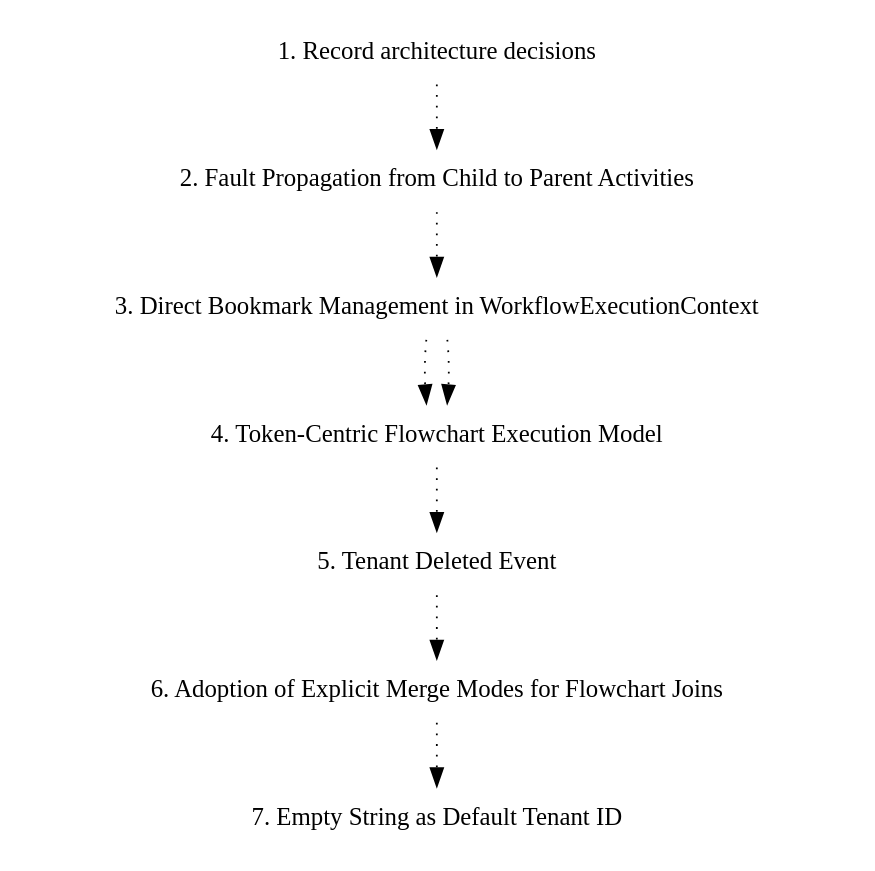
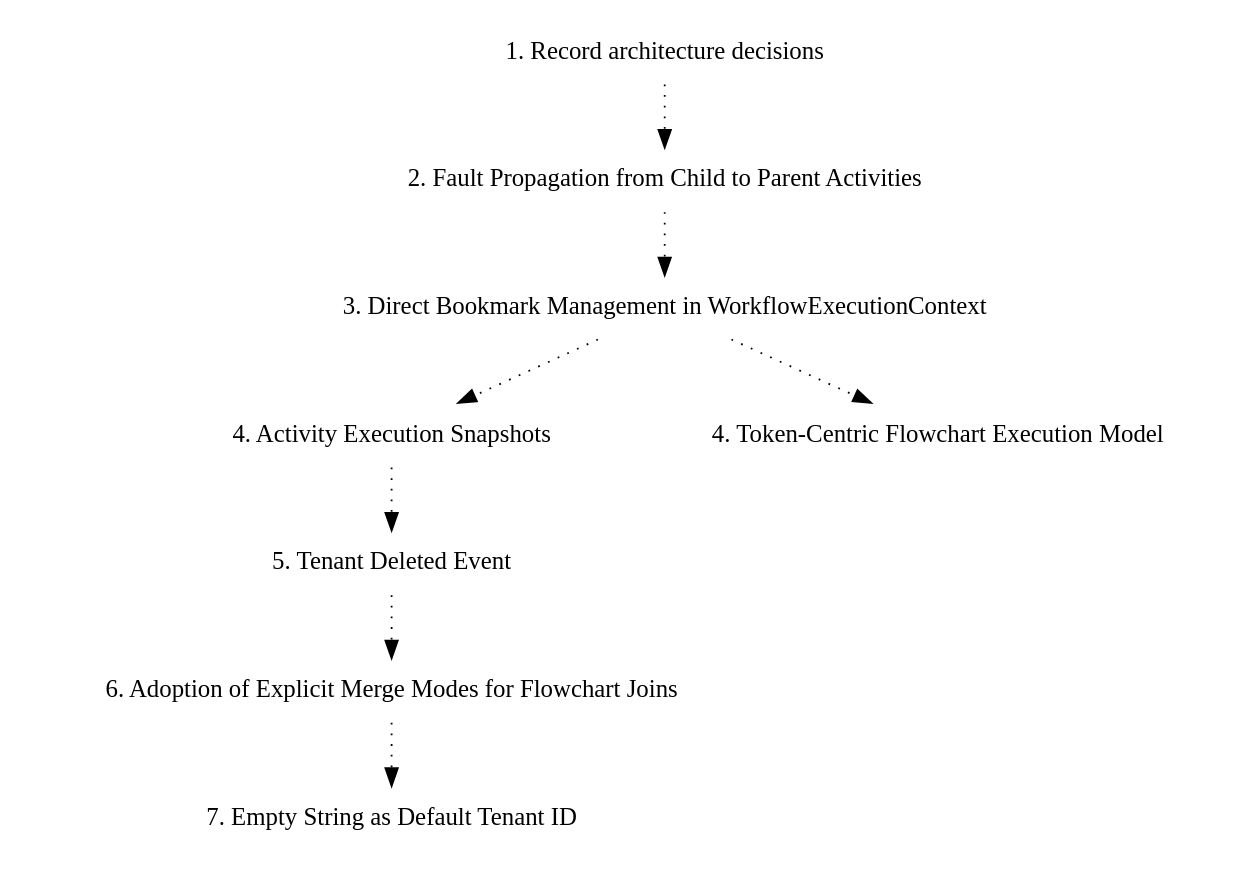
The diagram in doc/adr/graph.dot (elsa-workflows/elsa-core), drawn with Graphviz before and after one commit.

```diff
--- a/doc/adr/graph.dot
+++ b/doc/adr/graph.dot
@@ -1,20 +1,20 @@
 digraph {
   node [shape=plaintext];
   subgraph {
     _1 [label="1. Record architecture decisions"; URL="0001-record-architecture-decisions.html"];
     _2 [label="2. Fault Propagation from Child to Parent Activities"; URL="0002-fault-propagation-from-child-to-parent-activities.html"];
     _1 -> _2 [style="dotted", weight=1];
     _3 [label="3. Direct Bookmark Management in WorkflowExecutionContext"; URL="0003-direct-bookmark-management-in-workflowexecutioncontext.html"];
     _2 -> _3 [style="dotted", weight=1];
     _4 [label="4. Activity Execution Snapshots"; URL="0004-activity-execution-snapshots.html"];
     _3 -> _4 [style="dotted", weight=1];
-    _4 [label="4. Token-Centric Flowchart Execution Model"; URL="0004-token-centric-flowchart-execution-model.html"];
-    _3 -> _4 [style="dotted", weight=1];
+    _8 [label="4. Token-Centric Flowchart Execution Model"; URL="0004-token-centric-flowchart-execution-model.html"];
+    _3 -> _8 [style="dotted", weight=1];
     _5 [label="5. Tenant Deleted Event"; URL="0005-tenant-deleted-event.html"];
     _4 -> _5 [style="dotted", weight=1];
     _6 [label="6. Adoption of Explicit Merge Modes for Flowchart Joins"; URL="0006-adoption-of-explicit-merge-modes-for-flowchart-joins.html"];
     _5 -> _6 [style="dotted", weight=1];
     _7 [label="7. Empty String as Default Tenant ID"; URL="0007-empty-string-as-default-tenant-id.html"];
     _6 -> _7 [style="dotted", weight=1];
   }
 }
```
